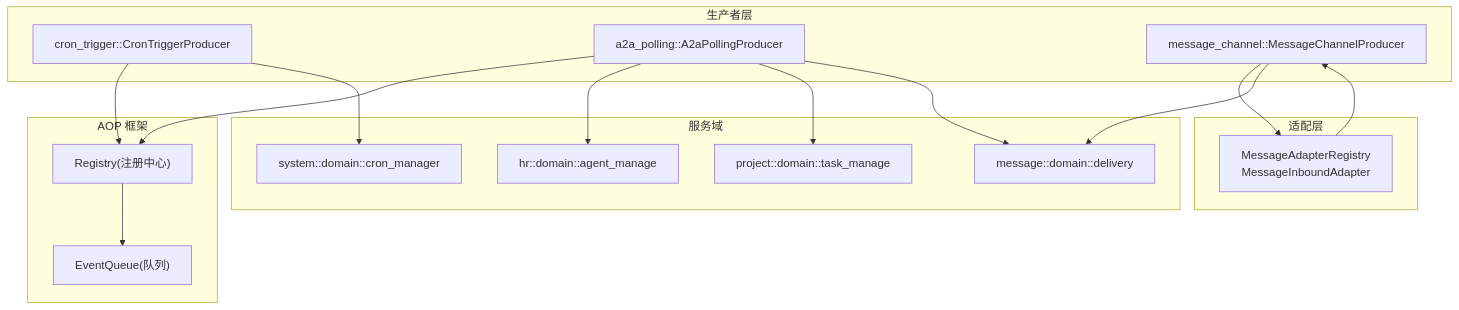
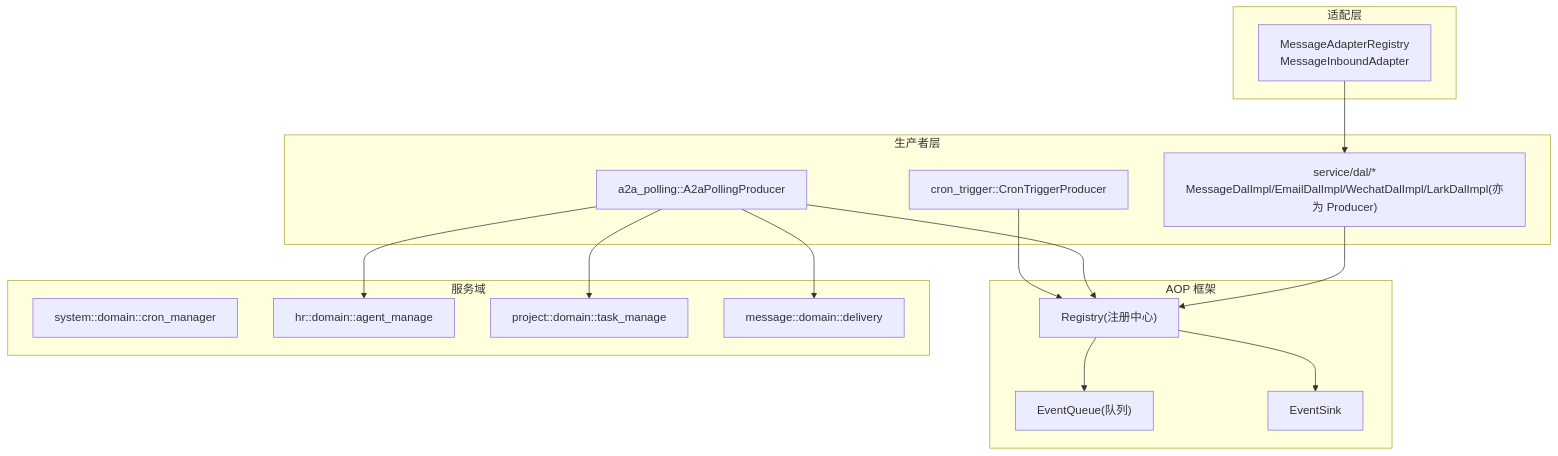
The first of 6 diagrams in docs/wiki/zh/content/核心模块/AOP 事件系统/生产者机制.md (runningcoders/ai_orz), drawn with Mermaid before and after one commit. The commit also changed other lines of this file and 37 other files, not shown here.

````diff
--- a/docs/wiki/zh/content/核心模块/AOP 事件系统/生产者机制.md
+++ b/docs/wiki/zh/content/核心模块/AOP 事件系统/生产者机制.md
@@ -37,31 +51,31 @@
 ```mermaid
 graph TB
 subgraph "生产者层"
 P1["cron_trigger::CronTriggerProducer"]
 P2["a2a_polling::A2aPollingProducer"]
-P3["message_channel::MessageChannelProducer"]
+DAL["service/dal/*<br/>MessageDalImpl/EmailDalImpl/WechatDalImpl/LarkDalImpl(亦为 Producer)"]
 end
 subgraph "AOP 框架"
 R["Registry(注册中心)"]
 Q["EventQueue(队列)"]
+ES["EventSink"]
 end
 subgraph "适配层"
 M["MessageAdapterRegistry<br/>MessageInboundAdapter"]
 end
 subgraph "服务域"
 D1["system::domain::cron_manager"]
 D2["hr::domain::agent_manage"]
 D3["project::domain::task_manage"]
 D4["message::domain::delivery"]
 end
 P1 --> R
 P2 --> R
-P3 --> M
-M --> P3
+DAL --> R
 R --> Q
-P1 --> D1
+R --> ES
 P2 --> D2
 P2 --> D3
 P2 --> D4
-P3 --> D4
+M --> DAL
 ```
````
